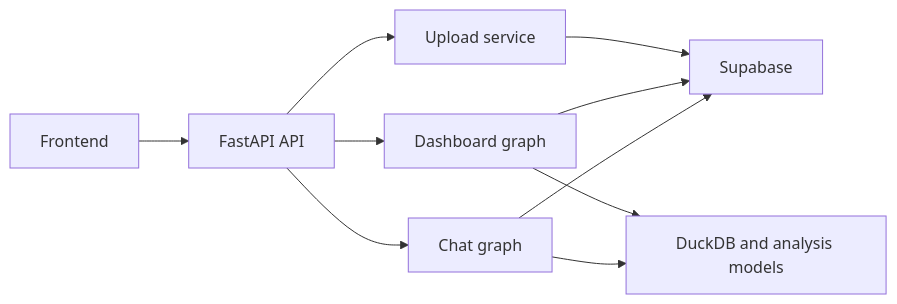
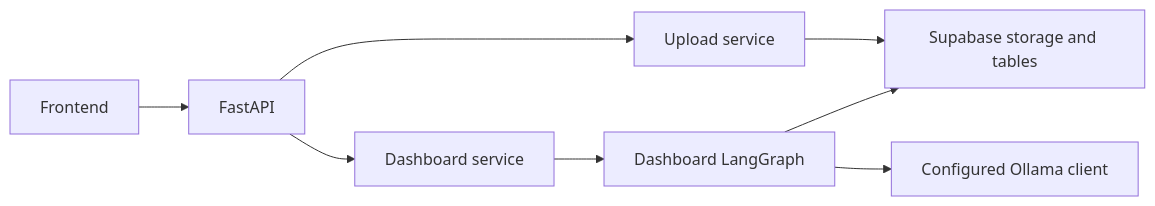
One commit to v-rowjee/MMP changed the second of 3 diagrams in LANGGRAPH_ARCHITECTURE.md. Above: the diagram before and after it, drawn with Mermaid. The commit also changed other lines of this file and 6 other files, not shown here.

````diff
--- a/LANGGRAPH_ARCHITECTURE.md
+++ b/LANGGRAPH_ARCHITECTURE.md
@@ -40,12 +42,10 @@
 ```mermaid
 flowchart LR
-    A["Frontend"] --> B["FastAPI API"]
+    A["Frontend"] --> B["FastAPI"]
     B --> C["Upload service"]
-    B --> D["Dashboard graph"]
-    B --> E["Chat graph"]
-    C --> F["Supabase"]
-    D --> F
+    B --> D["Dashboard service"]
+    D --> E["Dashboard LangGraph"]
+    C --> F["Supabase storage and tables"]
     E --> F
-    D --> G["DuckDB and analysis models"]
-    E --> G
+    E --> G["Configured Ollama client"]
 ```
````
